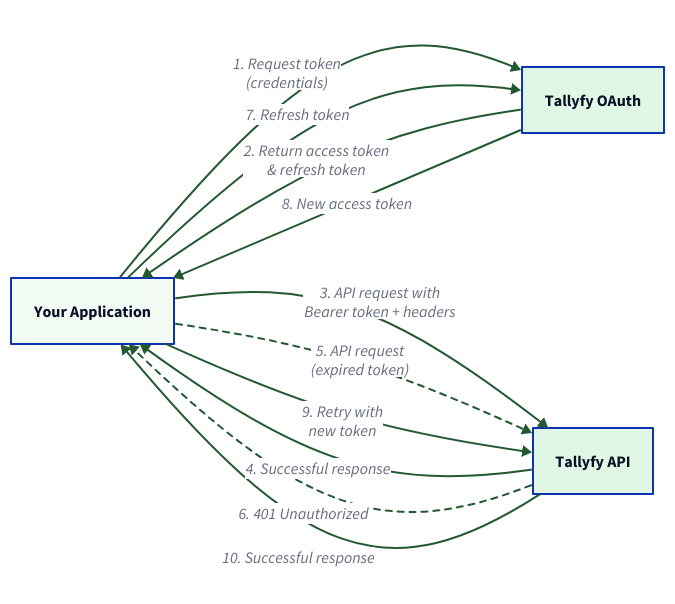
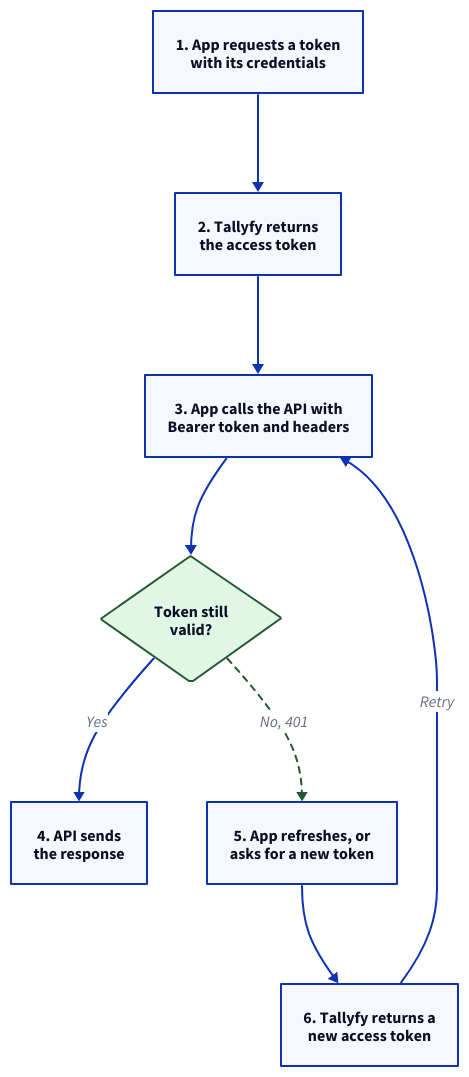
One commit to tallyfy/documentation changed the diagram in src/content/docs/pro/integrations/open-api/how-to-integrate-with-tallyfy-using-api.mdx. Above: the diagram before and after it, drawn with D2. The commit also changed other lines of this file and 55 other files, not shown here.

First line of the commit message:
Redraw the help docs' diagrams so they read at full size, and fix the wrong ones (#508)

````diff
--- a/src/content/docs/pro/integrations/open-api/how-to-integrate-with-tallyfy-using-api.mdx
+++ b/src/content/docs/pro/integrations/open-api/how-to-integrate-with-tallyfy-using-api.mdx
@@ -84,51 +84,25 @@
 ```d2
-direction: right
+# Getting, using and refreshing an API token
+direction: down
 
-App: Your Application {
-  shape: rectangle
-  style.fill: "#f2faf4"
-}
-
-Auth: Tallyfy OAuth {
-  shape: rectangle
+Req: "1. App requests a token\nwith its credentials"
+Tok: "2. Tallyfy returns\nthe access token"
+Call: "3. App calls the API with\nBearer token and headers"
+Valid: "Token still\nvalid?" {
+  shape: diamond
   style.fill: "#e1f7e6"
-}
-
-API: Tallyfy API {
-  shape: rectangle
-  style.fill: "#e1f7e6"
-}
-
-App -> Auth: "1. Request token\n(credentials)" {
   style.stroke: "#225930"
 }
-Auth -> App: "2. Return access token\n& refresh token" {
-  style.stroke: "#225930"
-}
-App -> API: "3. API request with\nBearer token + headers" {
-  style.stroke: "#225930"
-}
-API -> App: "4. Successful response" {
-  style.stroke: "#225930"
-}
-App -> API: "5. API request\n(expired token)" {
+OK: "4. API sends\nthe response"
+Ref: "5. App refreshes, or\nasks for a new token"
+New: "6. Tallyfy returns a\nnew access token"
+
+Req -> Tok -> Call -> Valid
+Valid -> OK: Yes
+Valid -> Ref: "No, 401" {
   style.stroke: "#225930"
   style.stroke-dash: 3
 }
-API -> App: "6. 401 Unauthorized" {
-  style.stroke: "#225930"
-  style.stroke-dash: 3
-}
-App -> Auth: "7. Refresh token" {
-  style.stroke: "#225930"
-}
-Auth -> App: "8. New access token" {
-  style.stroke: "#225930"
-}
-App -> API: "9. Retry with\nnew token" {
-  style.stroke: "#225930"
-}
-API -> App: "10. Successful response" {
-  style.stroke: "#225930"
-}
+Ref -> New
+New -> Call: Retry
 ```
````
